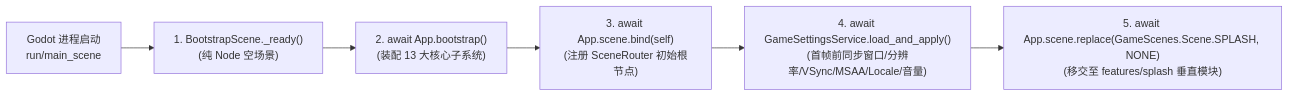
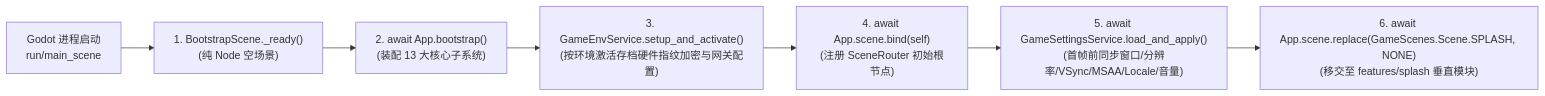
Before and after one commit to krace-tx/slacker-survivors: the diagram in src/game/bootstrap/_doc_bootstrap.md, drawn with Mermaid. The commit also changed other lines of this file and 160 other files, not shown here.

````diff
--- a/src/game/bootstrap/_doc_bootstrap.md
+++ b/src/game/bootstrap/_doc_bootstrap.md
@@ -21,8 +21,9 @@
 ```mermaid
 flowchart LR
 	Engine["Godot 进程启动<br>run/main_scene"] --> Boot["1. BootstrapScene._ready()<br>(纯 Node 空场景)"]
 	Boot --> Kernel["2. await App.bootstrap()<br>(装配 13 大核心子系统)"]
-	Kernel --> Bind["3. await App.scene.bind(self)<br>(注册 SceneRouter 初始根节点)"]
-	Bind --> Prefs["4. await GameSettingsService.load_and_apply()<br>(首帧前同步窗口/分辨率/VSync/MSAA/Locale/音量)"]
-	Prefs --> Handover["5. await App.scene.replace(GameScenes.Scene.SPLASH, NONE)<br>(移交至 features/splash 垂直模块)"]
+	Kernel --> Env["3. GameEnvService.setup_and_activate()<br>(按环境激活存档硬件指纹加密与网关配置)"]
+	Env --> Bind["4. await App.scene.bind(self)<br>(注册 SceneRouter 初始根节点)"]
+	Bind --> Prefs["5. await GameSettingsService.load_and_apply()<br>(首帧前同步窗口/分辨率/VSync/MSAA/Locale/音量)"]
+	Prefs --> Handover["6. await App.scene.replace(GameScenes.Scene.SPLASH, NONE)<br>(移交至 features/splash 垂直模块)"]
 ```
````
